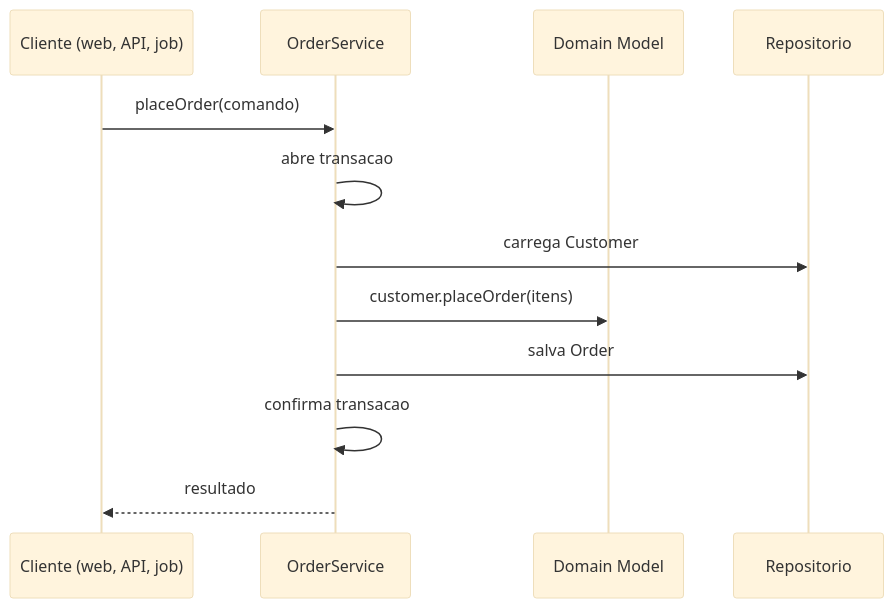
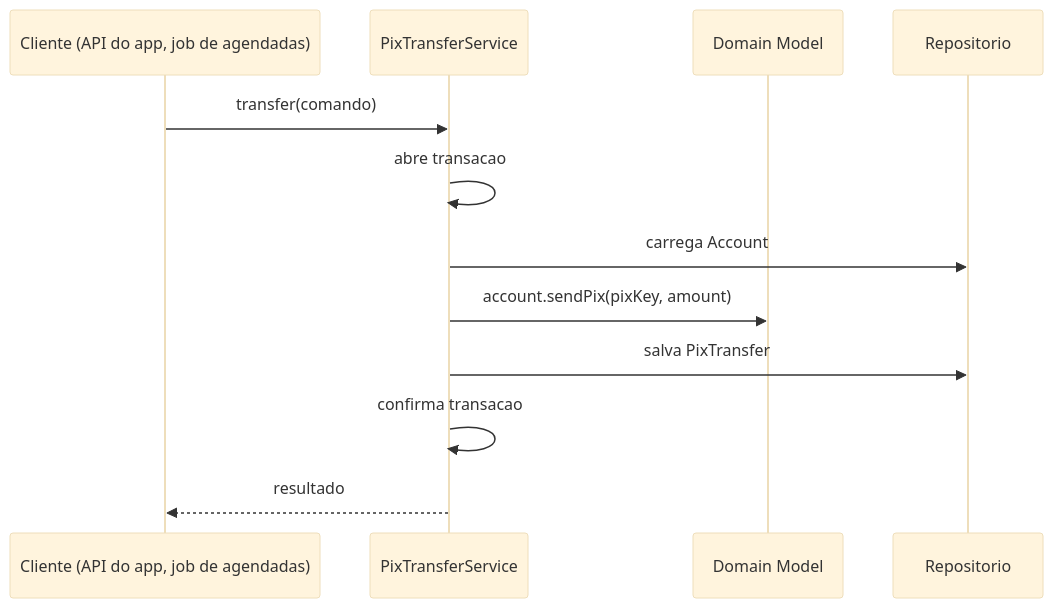
Before and after one commit to alancesar/design-patterns: the diagram in docs/design/poeaa/domain-logic/service-layer.md, drawn with Mermaid (base theme). The commit also changed other lines of this file and 95 other files, not shown here.

First line of the commit message:
Switch PoEAA examples and diagrams to fintech scenarios

````diff
--- a/docs/design/poeaa/domain-logic/service-layer.md
+++ b/docs/design/poeaa/domain-logic/service-layer.md
@@ -57,14 +57,14 @@
 ```mermaid
 sequenceDiagram
-    participant UI as Cliente (web, API, job)
-    participant S as OrderService
+    participant UI as Cliente (API do app, job de agendadas)
+    participant S as PixTransferService
     participant D as Domain Model
     participant R as Repositorio
-    UI->>S: placeOrder(comando)
+    UI->>S: transfer(comando)
     S->>S: abre transacao
-    S->>R: carrega Customer
-    S->>D: customer.placeOrder(itens)
-    S->>R: salva Order
+    S->>R: carrega Account
+    S->>D: account.sendPix(pixKey, amount)
+    S->>R: salva PixTransfer
     S->>S: confirma transacao
     S-->>UI: resultado
 ```
````
